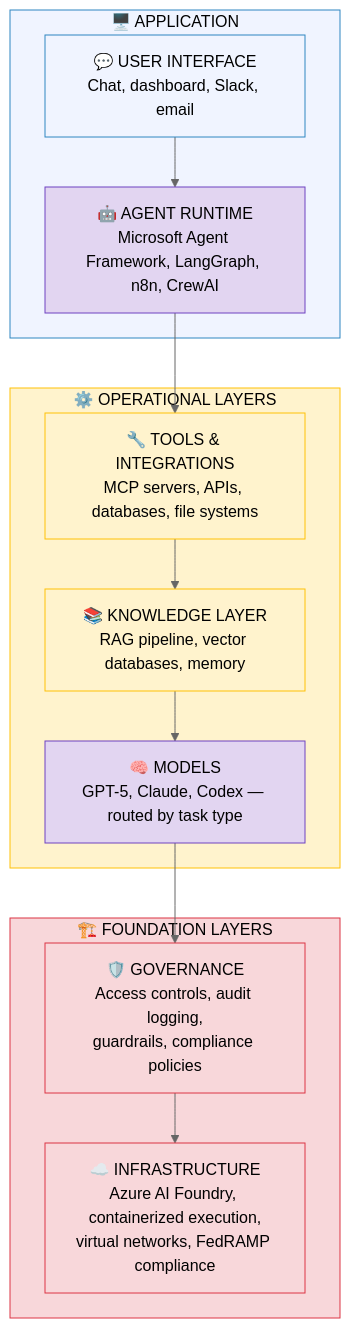
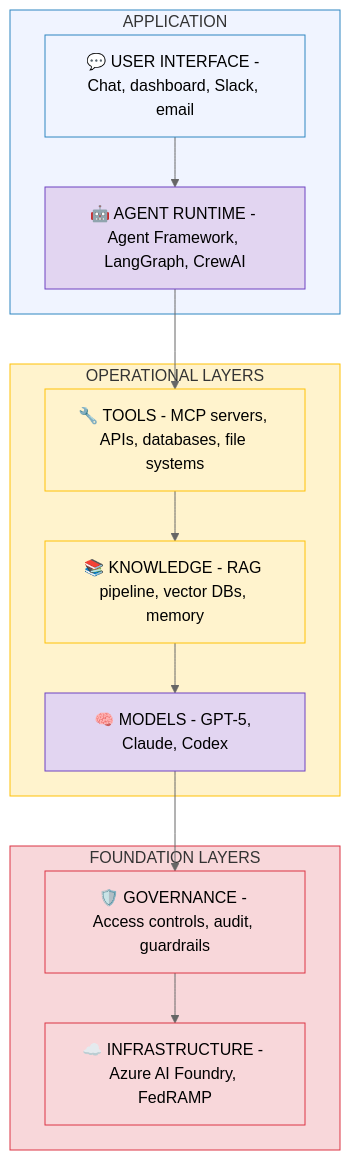
Before and after one commit to ithinktavo/GenAI-Engineering-Handbook: the seventh of 7 diagrams in docs/07-agentic-ai.md, drawn with Mermaid (neutral theme). The commit also changed other lines of this file and 9 other files, not shown here.

First line of the commit message:
Fix Mermaid rendering: remove emoji from subgraph titles and unsupported syntax

````diff
--- a/docs/07-agentic-ai.md
+++ b/docs/07-agentic-ai.md
@@ -263,31 +263,31 @@
 ```mermaid
 graph TD
-    subgraph App ["🖥️ APPLICATION"]
-        UI["💬 USER INTERFACE\nChat, dashboard, Slack, email"]
-        Runtime["🤖 AGENT RUNTIME\nMicrosoft Agent Framework, LangGraph, n8n, CrewAI"]
+    subgraph App ["APPLICATION"]
+        UI["💬 USER INTERFACE - Chat, dashboard, Slack, email"]
+        Runtime["🤖 AGENT RUNTIME - Agent Framework, LangGraph, CrewAI"]
     end
 
-    subgraph Ops ["⚙️ OPERATIONAL LAYERS"]
-        Tools["🔧 TOOLS & INTEGRATIONS\nMCP servers, APIs, databases, file systems"]
-        Knowledge["📚 KNOWLEDGE LAYER\nRAG pipeline, vector databases, memory"]
-        Models["🧠 MODELS\nGPT-5, Claude, Codex — routed by task type"]
+    subgraph Ops ["OPERATIONAL LAYERS"]
+        Tools["🔧 TOOLS - MCP servers, APIs, databases, file systems"]
+        Knowledge["📚 KNOWLEDGE - RAG pipeline, vector DBs, memory"]
+        Models["🧠 MODELS - GPT-5, Claude, Codex"]
     end
 
-    subgraph Foundation ["🏗️ FOUNDATION LAYERS"]
-        Gov["🛡️ GOVERNANCE\nAccess controls, audit logging,\nguardrails, compliance policies"]
-        Infra["☁️ INFRASTRUCTURE\nAzure AI Foundry, containerized execution,\nvirtual networks, FedRAMP compliance"]
+    subgraph Foundation ["FOUNDATION LAYERS"]
+        Gov["🛡️ GOVERNANCE - Access controls, audit, guardrails"]
+        Infra["☁️ INFRASTRUCTURE - Azure AI Foundry, FedRAMP"]
     end
 
     UI --> Runtime --> Tools --> Knowledge --> Models --> Gov --> Infra
 
-    style UI fill:#f0f4ff,stroke:#2E86C1,color:#000
-    style Runtime fill:#e2d5f1,stroke:#6f42c1,color:#000
-    style Tools fill:#fff3cd,stroke:#ffc107,color:#000
-    style Knowledge fill:#fff3cd,stroke:#ffc107,color:#000
-    style Models fill:#e2d5f1,stroke:#6f42c1,color:#000
-    style Gov fill:#f8d7da,stroke:#dc3545,color:#000
-    style Infra fill:#f8d7da,stroke:#dc3545,color:#000
-    style App fill:#f0f4ff,stroke:#2E86C1,color:#000
-    style Ops fill:#fff3cd,stroke:#ffc107,color:#000
-    style Foundation fill:#f8d7da,stroke:#dc3545,color:#000
+    style UI fill:#f0f4ff,stroke:#2E86C1
+    style Runtime fill:#e2d5f1,stroke:#6f42c1
+    style Tools fill:#fff3cd,stroke:#ffc107
+    style Knowledge fill:#fff3cd,stroke:#ffc107
+    style Models fill:#e2d5f1,stroke:#6f42c1
+    style Gov fill:#f8d7da,stroke:#dc3545
+    style Infra fill:#f8d7da,stroke:#dc3545
+    style App fill:#f0f4ff,stroke:#2E86C1
+    style Ops fill:#fff3cd,stroke:#ffc107
+    style Foundation fill:#f8d7da,stroke:#dc3545
 ```
````
